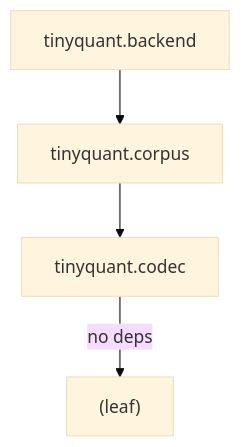
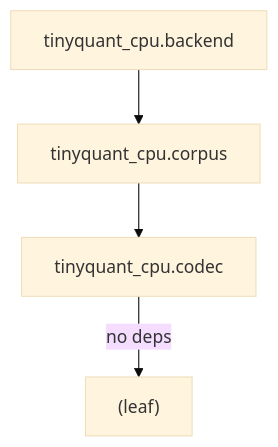
One commit to better-with-models/TinyQuant changed the diagram in docs/design/architecture/namespace-and-module-structure.md. Above: the diagram before and after it, drawn with Mermaid (base theme). The commit also changed other lines of this file and 39 other files, not shown here.

````diff
--- a/docs/design/architecture/namespace-and-module-structure.md
+++ b/docs/design/architecture/namespace-and-module-structure.md
@@ -153,6 +153,6 @@
 ```mermaid
 graph TD
-    C["tinyquant.codec"] --> |"no deps"| LEAF["(leaf)"]
-    CP["tinyquant.corpus"] --> C
-    B["tinyquant.backend"] --> CP
+    C["tinyquant_cpu.codec"] --> |"no deps"| LEAF["(leaf)"]
+    CP["tinyquant_cpu.corpus"] --> C
+    B["tinyquant_cpu.backend"] --> CP
 ```
````
